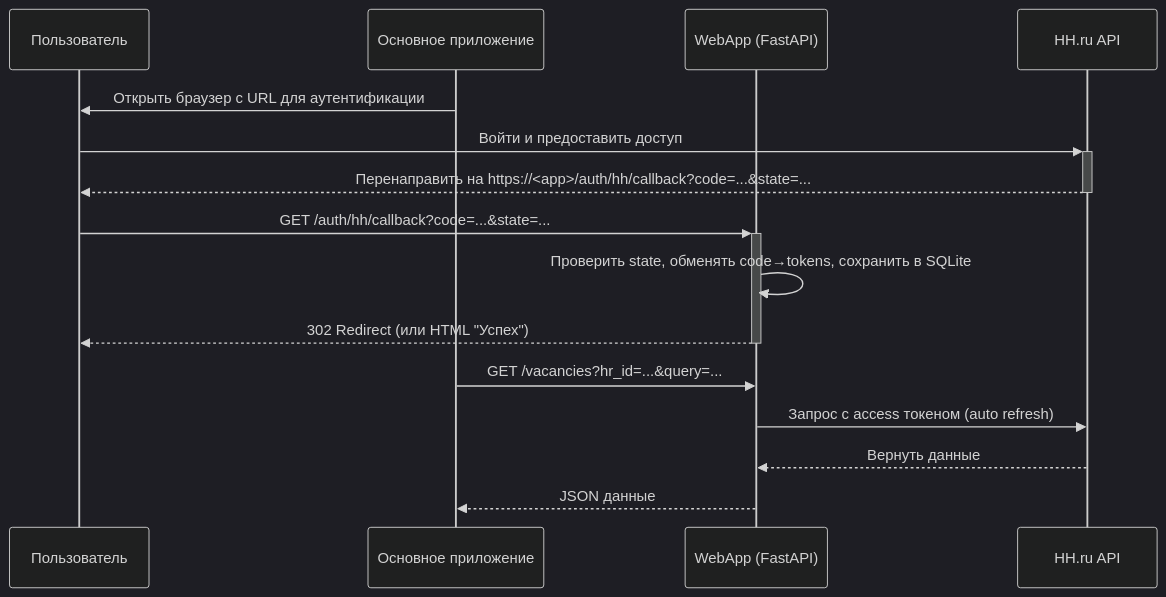
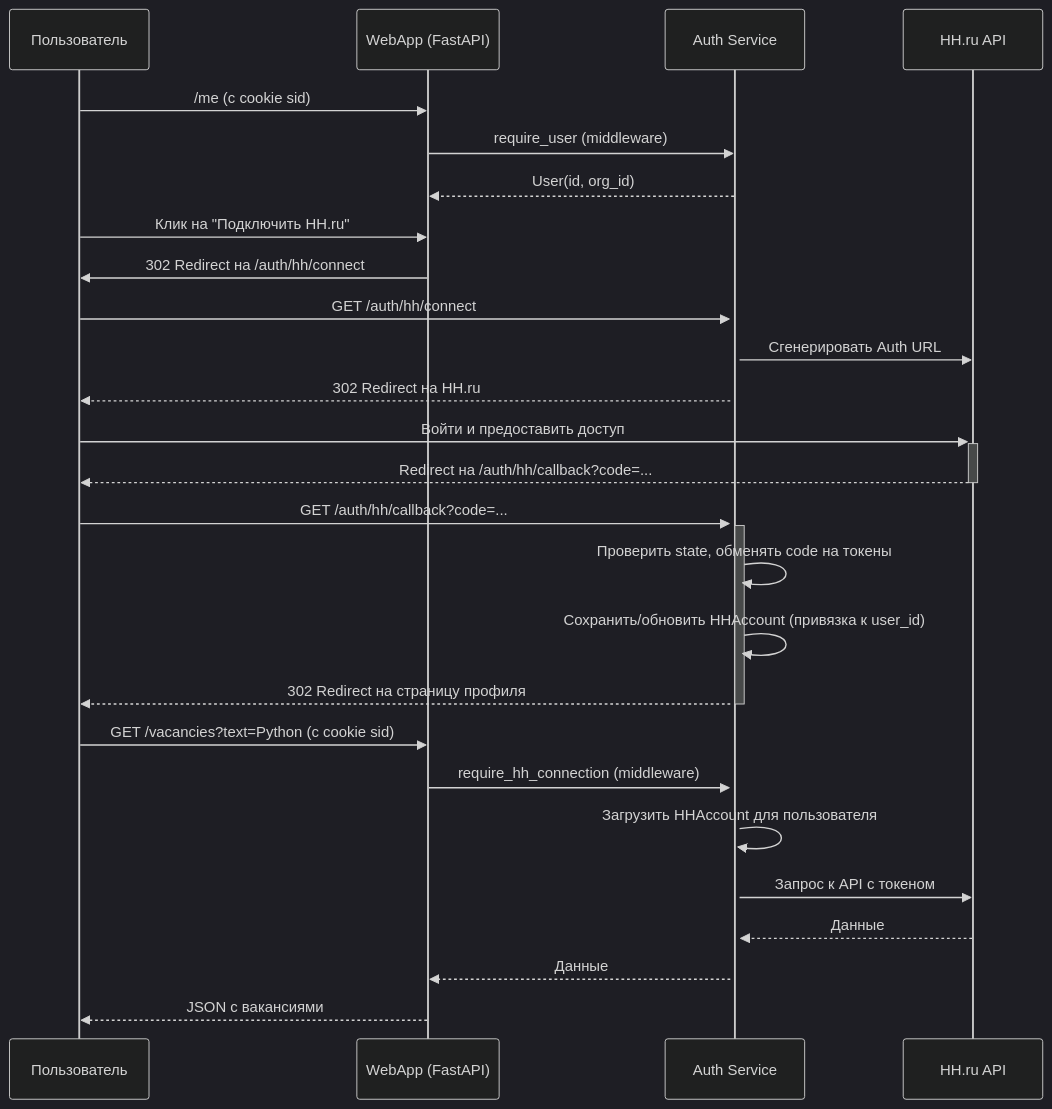
Before and after one commit to Maskedxxx/refactor_gpt_4_mini_hackaton_final: the first of 4 diagrams in docs/architecture/overview.md, drawn with Mermaid (dark theme). The commit also changed other lines of this file and 11 other files, not shown here.

First line of the commit message:
Тема: feat(auth): рефакторинг документации и README для нового auth-flow

````diff
--- a/docs/architecture/overview.md
+++ b/docs/architecture/overview.md
@@ -36,18 +38,34 @@
 ```mermaid
 sequenceDiagram
     participant User as Пользователь
-    participant App as Основное приложение
     participant WebApp as WebApp (FastAPI)
+    participant Auth as Auth Service
     participant HH as HH.ru API
 
-    App->>User: Открыть браузер с URL для аутентификации
+    User->>WebApp: /me (с cookie sid)
+    WebApp->>Auth: require_user (middleware)
+    Auth-->>WebApp: User(id, org_id)
+
+    User->>WebApp: Клик на "Подключить HH.ru"
+    WebApp->>User: 302 Redirect на /auth/hh/connect
+
+    User->>+Auth: GET /auth/hh/connect
+    Auth->>HH: Сгенерировать Auth URL
+    Auth-->>User: 302 Redirect на HH.ru
+
     User->>+HH: Войти и предоставить доступ
-    HH-->>-User: Перенаправить на https://<app>/auth/hh/callback?code=...&state=...
-    User->>+WebApp: GET /auth/hh/callback?code=...&state=...
-    WebApp->>WebApp: Проверить state, обменять code→tokens, сохранить в SQLite
-    WebApp-->>-User: 302 Redirect (или HTML "Успех")
-    App->>WebApp: GET /vacancies?hr_id=...&query=...
-    WebApp->>HH: Запрос c access токеном (auto refresh)
-    HH-->>WebApp: Вернуть данные
-    WebApp-->>App: JSON данные
+    HH-->>-User: Redirect на /auth/hh/callback?code=...
+
+    User->>+Auth: GET /auth/hh/callback?code=...
+    Auth->>Auth: Проверить state, обменять code на токены
+    Auth->>Auth: Сохранить/обновить HHAccount (привязка к user_id)
+    Auth-->>-User: 302 Redirect на страницу профиля
+
+    User->>WebApp: GET /vacancies?text=Python (с cookie sid)
+    WebApp->>Auth: require_hh_connection (middleware)
+    Auth->>Auth: Загрузить HHAccount для пользователя
+    Auth->>HH: Запрос к API с токеном
+    HH-->>Auth: Данные
+    Auth-->>WebApp: Данные
+    WebApp-->>User: JSON с вакансиями
 ```
````
